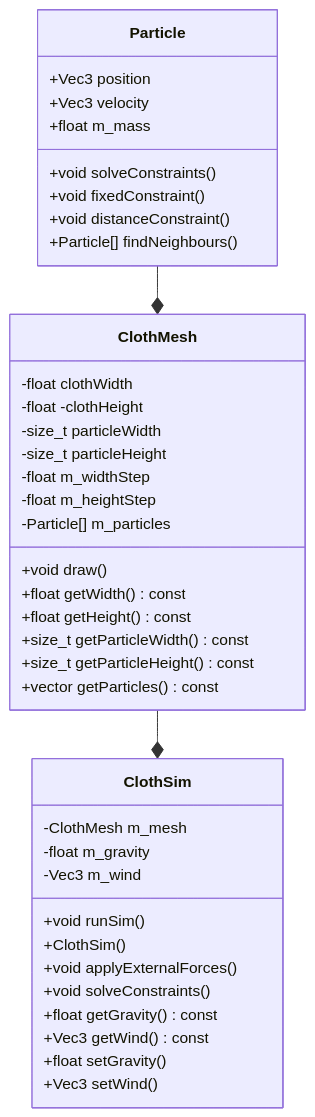
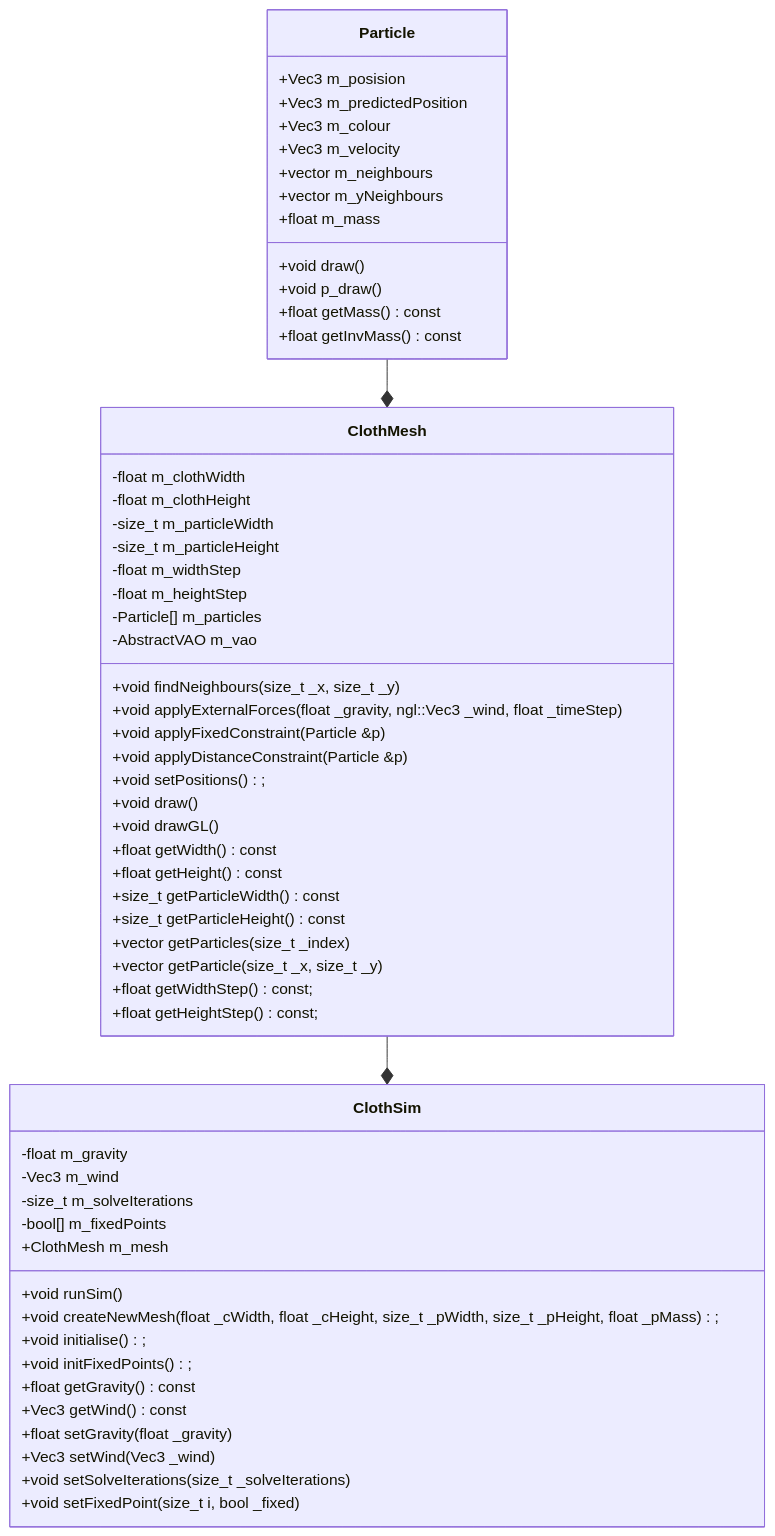
The diagram in README.md (NCCA/ase-assignment-jack3761), drawn with Mermaid before and after one commit. The commit also changed other lines of this file and 3 other files, not shown here.

````diff
--- a/README.md
+++ b/README.md
@@ -13,50 +17,68 @@
 ```mermaid
 classDiagram
 
 
 Particle --* ClothMesh
 ClothMesh --* ClothSim
 
 
    class Particle{
-     +Vec3 position
-     +Vec3 velocity
+     +Vec3 m_posision
+     +Vec3 m_predictedPosition
+     +Vec3 m_colour
+     +Vec3 m_velocity
+     +vector m_neighbours
+     +vector m_yNeighbours
      +float m_mass
-     +void solveConstraints()
-     +void fixedConstraint()
-     +void distanceConstraint()
-     +Particle[] findNeighbours()
+     +void draw()
+     +void p_draw()
+     +float getMass() const
+	 +float getInvMass() const
    }
    class ClothMesh{
-     -float clothWidth
-     -float -clothHeight
-     -size_t particleWidth
-     -size_t particleHeight
+     -float m_clothWidth
+     -float m_clothHeight
+     -size_t m_particleWidth
+     -size_t m_particleHeight
      -float m_widthStep
      -float m_heightStep
      -Particle[] m_particles
+     -AbstractVAO m_vao
+     +void findNeighbours(size_t _x, size_t _y)
+     +void applyExternalForces(float _gravity, ngl::Vec3 _wind, float _timeStep)
+     +void applyFixedConstraint(Particle &p)
+     +void applyDistanceConstraint(Particle &p)
+     +void setPositions();
      +void draw()
+     +void drawGL()
      +float getWidth() const
      +float getHeight() const
      +size_t getParticleWidth() const
      +size_t getParticleHeight() const
-     +vector getParticles() const     
+     +vector<Particle> getParticles(size_t _index)
+     +vector<Particle> getParticle(size_t _x, size_t _y)  
+     +float getWidthStep() const;
+     +float getHeightStep() const;
    }
 
 
-   class ClothSim{
-     -ClothMesh m_mesh
+   class ClothSim{     
      -float m_gravity
      -Vec3 m_wind
+     -size_t m_solveIterations
+     -bool[] m_fixedPoints
+     +ClothMesh m_mesh
      +void runSim()
-     +ClothSim()
-     +void applyExternalForces()
-     +void solveConstraints()     
+     +void createNewMesh(float _cWidth, float _cHeight, size_t _pWidth, size_t _pHeight, float _pMass);
+     +void initialise();
+     +void initFixedPoints();
      +float getGravity() const
      +Vec3 getWind() const
-     +float setGravity()
-     +Vec3 setWind()
+     +float setGravity(float _gravity)
+     +Vec3 setWind(Vec3 _wind)
+     +void setSolveIterations(size_t _solveIterations)
+     +void setFixedPoint(size_t i, bool _fixed)
    }
 
 
 ```
````
